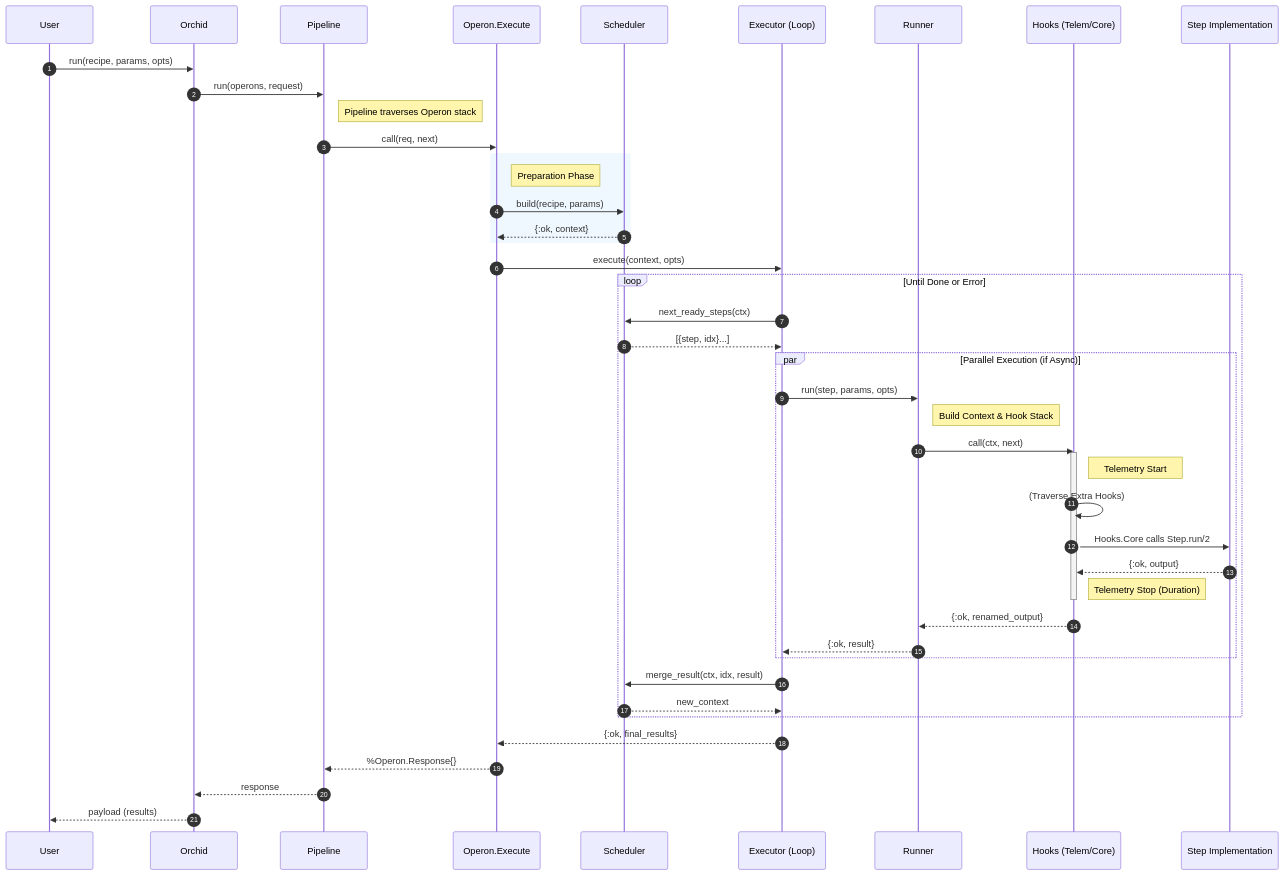
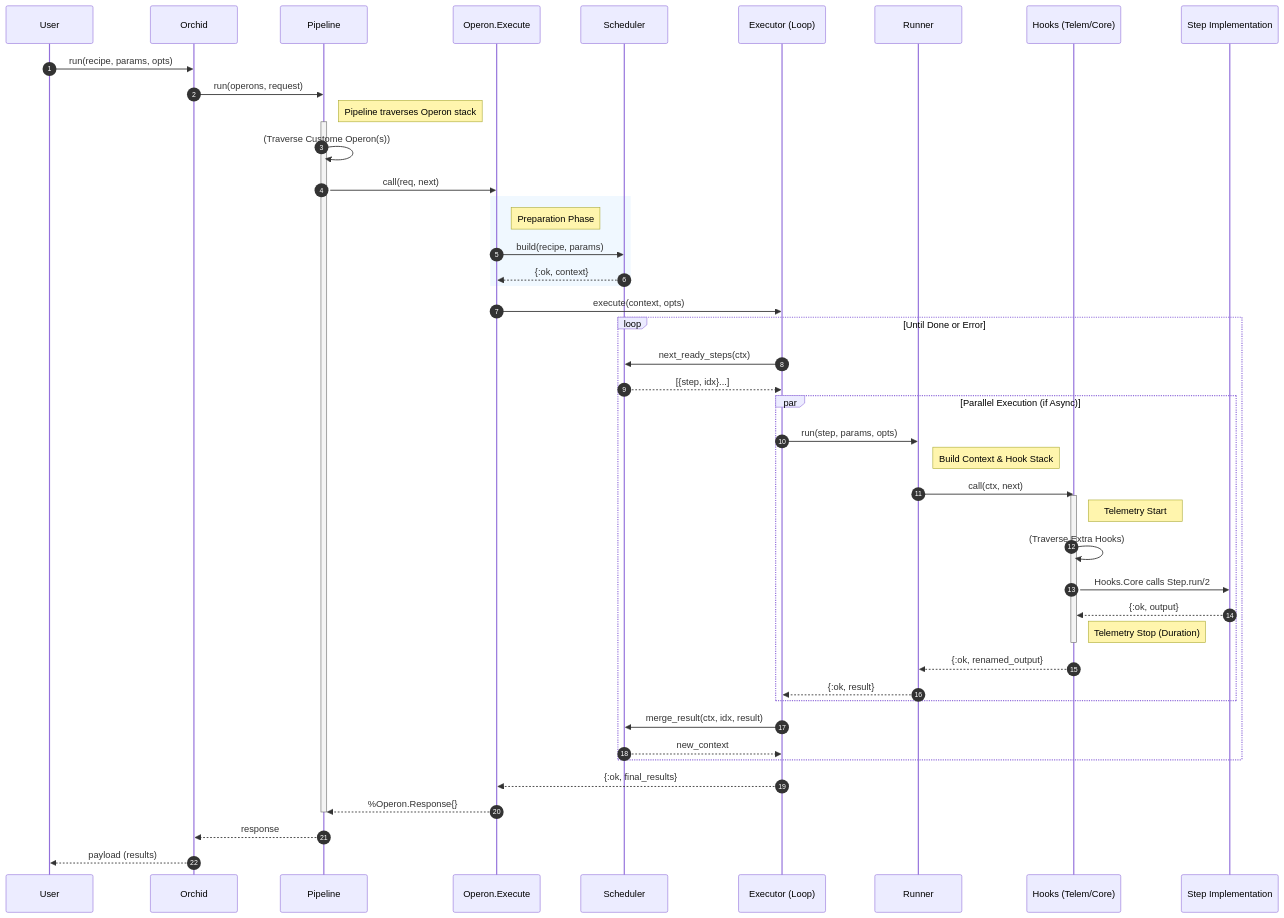
The second of 2 diagrams in assets/mermaid_graphs.md (SynapticStrings/Orchid), drawn with Mermaid before and after one commit. The commit also changed other lines of this file, not shown here.

Commit message:
chore(docs): improve mermaid diagram clarity

````diff
--- a/assets/mermaid_graphs.md
+++ b/assets/mermaid_graphs.md
@@ -49,62 +50,65 @@
 ```mermaid
 sequenceDiagram
     autonumber
     participant User
     participant Orchid
     participant Pipe as Pipeline
     participant OpExec as Operon.Execute
     participant Sched as Scheduler
     participant Exec as Executor (Loop)
     participant Runner
     participant Hooks as Hooks (Telem/Core)
     participant Step as Step Implementation
 
     User->>Orchid: run(recipe, params, opts)
     
     Orchid->>Pipe: run(operons, request)
     note right of Pipe: Pipeline traverses Operon stack
+    activate Pipe
+    Pipe->>Pipe: (Traverse Custome Operon(s))
     
     Pipe->>OpExec: call(req, next)
     
     rect rgb(240, 248, 255)
         note right of OpExec: Preparation Phase
         OpExec->>Sched: build(recipe, params)
         Sched-->>OpExec: {:ok, context}
     end
     
     OpExec->>Exec: execute(context, opts)
     
     loop Until Done or Error
         Exec->>Sched: next_ready_steps(ctx)
         Sched-->>Exec: [{step, idx}...]
         
         par Parallel Execution (if Async)
             Exec->>Runner: run(step, params, opts)
             
             note right of Runner: Build Context & Hook Stack
             Runner->>Hooks: call(ctx, next)
             
             activate Hooks
             note right of Hooks: Telemetry Start
             Hooks->>Hooks: (Traverse Extra Hooks)
             
             Hooks->>Step: Hooks.Core calls Step.run/2
             Step-->>Hooks: {:ok, output}
             
             note right of Hooks: Telemetry Stop (Duration)
             deactivate Hooks
             
             Hooks-->>Runner: {:ok, renamed_output}
             Runner-->>Exec: {:ok, result}
         end
         
         Exec->>Sched: merge_result(ctx, idx, result)
         Sched-->>Exec: new_context
     end
 
     Exec-->>OpExec: {:ok, final_results}
     OpExec-->>Pipe: %Operon.Response{}
+    deactivate Pipe
     Pipe-->>Orchid: response
     
     Orchid-->>User: payload (results)
 ```
````
